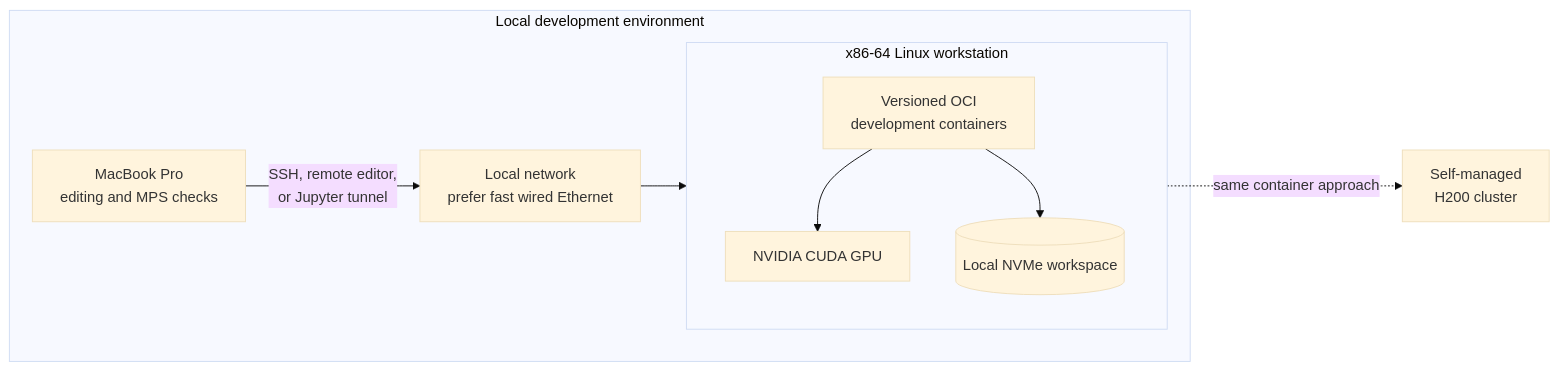
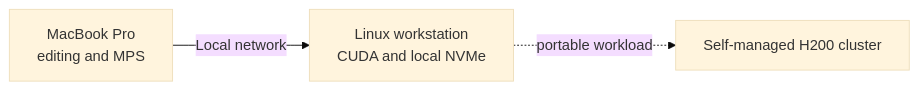
One commit to gh-andirdju/ml changed the diagram in docs/04-decisions/ADR-004-local-nvidia-device.md. Above: the diagram before and after it, drawn with Mermaid (base theme). The commit also changed other lines of this file and 19 other files, not shown here.

Commit message:
Add verified local MPS and Neo4j POC

````diff
--- a/docs/04-decisions/ADR-004-local-nvidia-device.md
+++ b/docs/04-decisions/ADR-004-local-nvidia-device.md
@@ -27,20 +12,5 @@
 ```mermaid
 flowchart LR
-    subgraph desk[Local development environment]
-        mac[MacBook Pro<br/>editing and MPS checks]
-        network[Local network<br/>prefer fast wired Ethernet]
-
-        subgraph workstation[x86-64 Linux workstation]
-            containers[Versioned OCI<br/>development containers]
-            gpu[NVIDIA CUDA GPU]
-            nvme[(Local NVMe workspace)]
-            containers --> gpu
-            containers --> nvme
-        end
-
-        mac -->|SSH, remote editor,<br/>or Jupyter tunnel| network
-        network --> workstation
-    end
-
-    workstation -. same container approach .-> h200[Self-managed<br/>H200 cluster]
+    mac[MacBook Pro<br/>editing and MPS] -->|Local network| workstation[Linux workstation<br/>CUDA and local NVMe]
+    workstation -. portable workload .-> h200[Self-managed H200 cluster]
 ```
````
